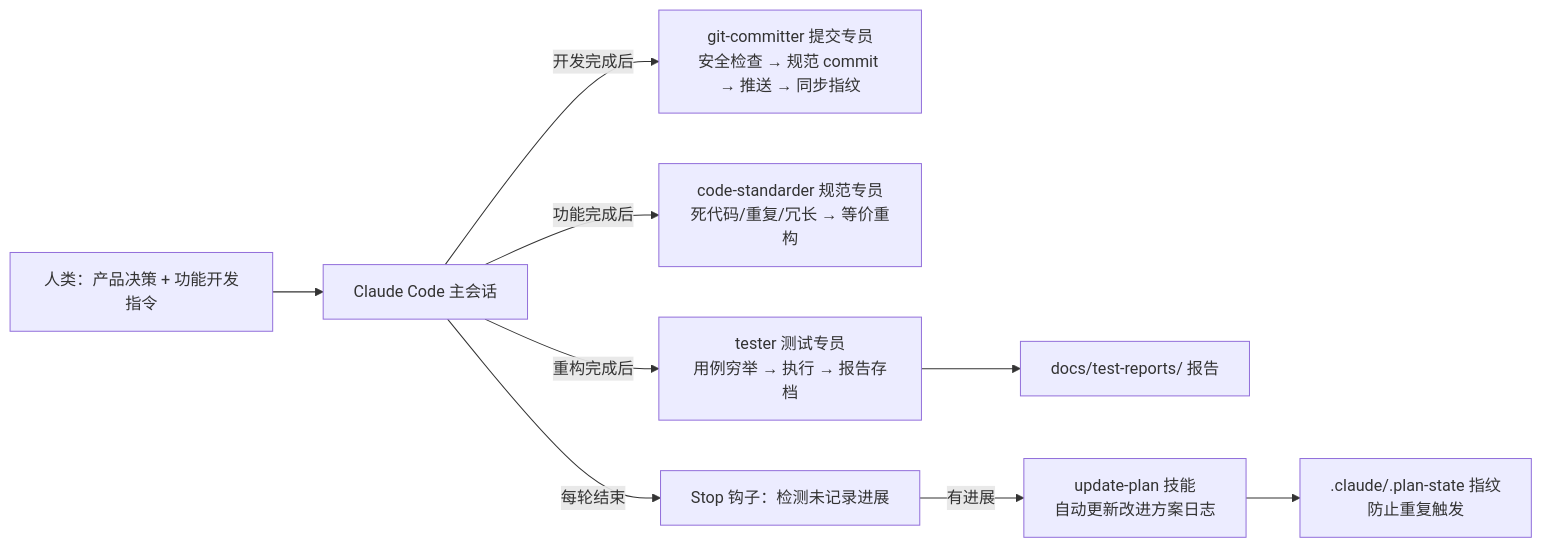
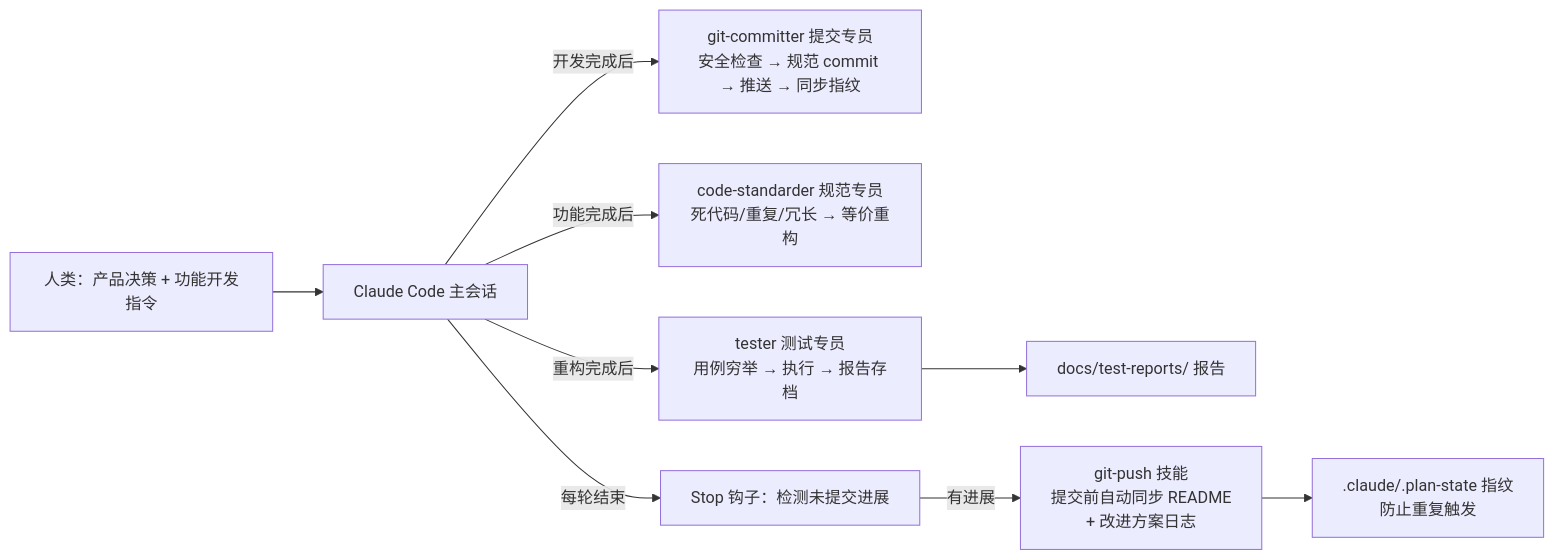
One commit to Amorsum/vidSnap changed the diagram in docs/AI_CODING.md. Above: the diagram before and after it, drawn with Mermaid. The commit also changed other lines of this file and 7 other files, not shown here.

Commit message:
refactor: update-plan 技能并入 git-push（提交前自动同步 README + 进展日志，删 update-plan 目录，Stop 钩子改指 /git-push）

````diff
--- a/docs/AI_CODING.md
+++ b/docs/AI_CODING.md
@@ -21,11 +21,11 @@
 ```mermaid
 flowchart LR
     U[人类：产品决策 + 功能开发指令] --> C[Claude Code 主会话]
     C -->|开发完成后| A1[git-committer 提交专员<br/>安全检查 → 规范 commit → 推送 → 同步指纹]
     C -->|功能完成后| A2[code-standarder 规范专员<br/>死代码/重复/冗长 → 等价重构]
     C -->|重构完成后| A3[tester 测试专员<br/>用例穷举 → 执行 → 报告存档]
     A3 --> R[docs/test-reports/ 报告]
-    C -->|每轮结束| H[Stop 钩子：检测未记录进展]
-    H -->|有进展| P[update-plan 技能<br/>自动更新改进方案日志]
+    C -->|每轮结束| H[Stop 钩子：检测未提交进展]
+    H -->|有进展| P[git-push 技能<br/>提交前自动同步 README<br/>+ 改进方案日志]
     P --> S[.claude/.plan-state 指纹<br/>防止重复触发]
 ```
````
